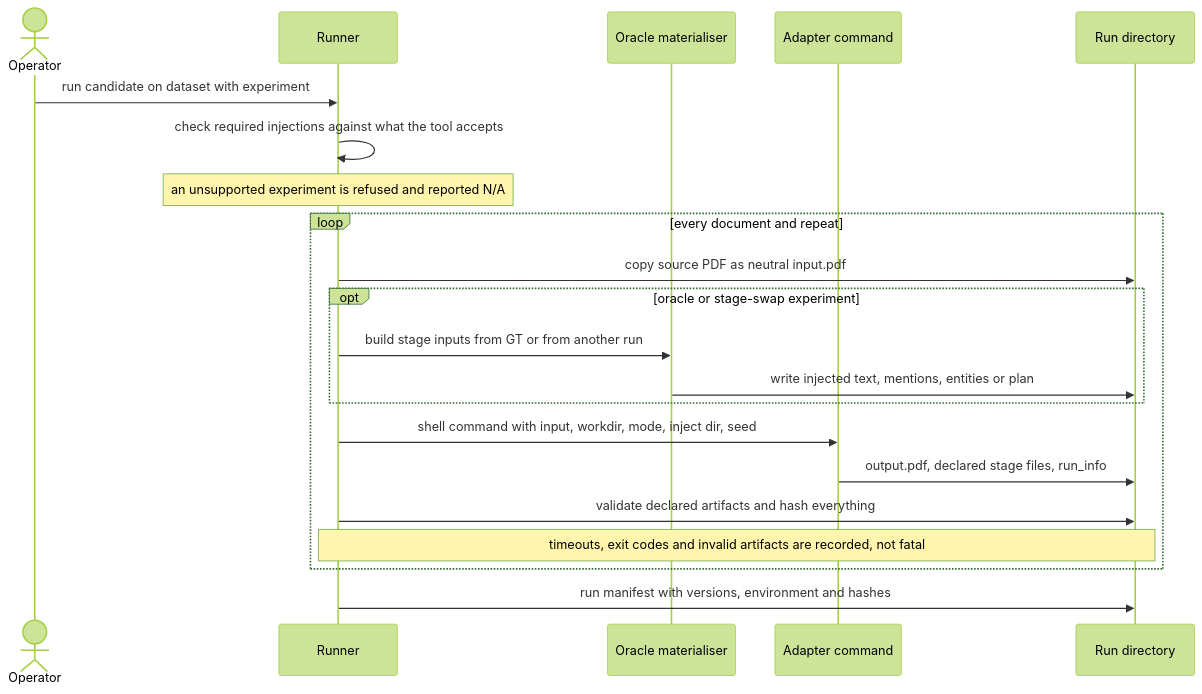
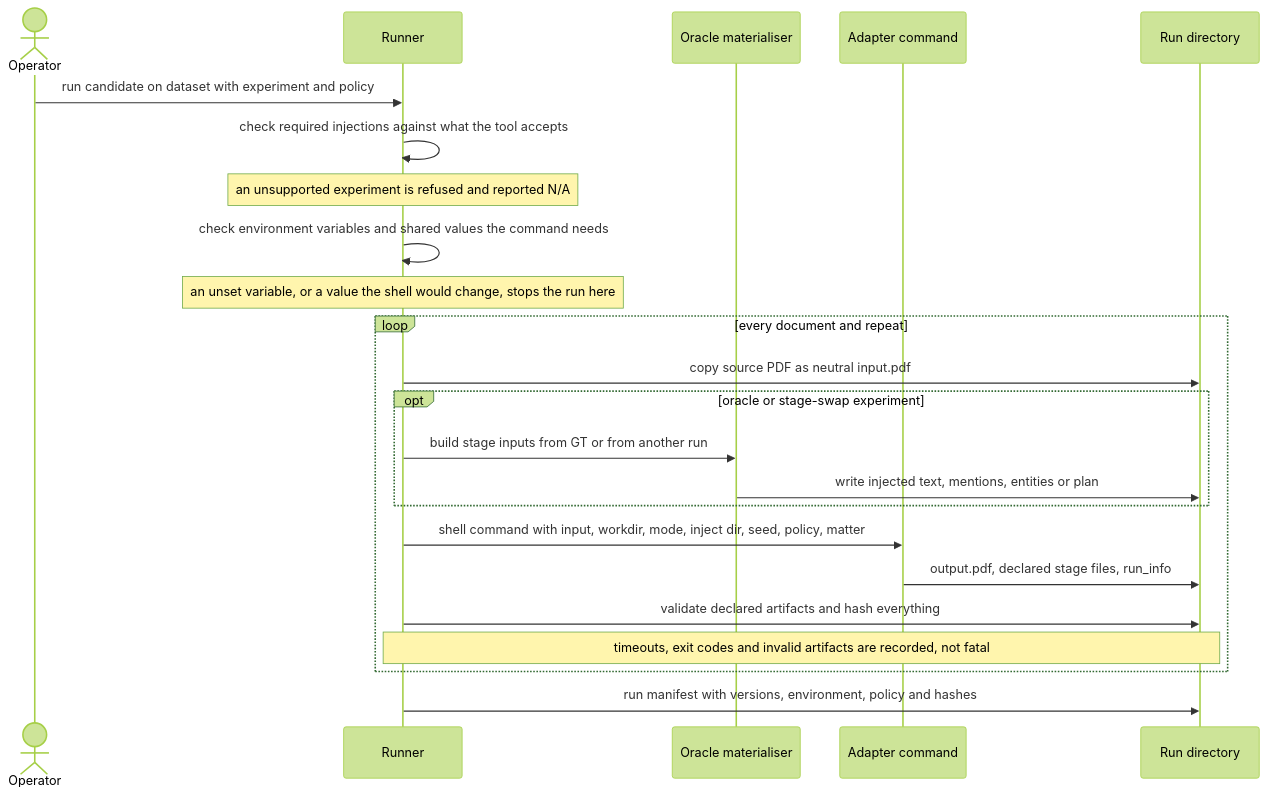
One commit to anshdeshwal31/redaction_benchmark changed the third of 11 diagrams in ARCHITECTURE.md. Above: the diagram before and after it, drawn with Mermaid (forest theme). The commit also changed other lines of this file and 4 other files, not shown here.

Commit message:
docs: cover policy 1.1.0, run policies and placeholders

````diff
--- a/ARCHITECTURE.md
+++ b/ARCHITECTURE.md
@@ -162,24 +179,26 @@
 ```mermaid
 sequenceDiagram
     actor Op as Operator
     participant Run as Runner
     participant Inj as Oracle materialiser
     participant Tool as Adapter command
     participant Dir as Run directory
 
-    Op->>Run: run candidate on dataset with experiment
+    Op->>Run: run candidate on dataset with experiment and policy
     Run->>Run: check required injections against what the tool accepts
     Note over Run: an unsupported experiment is refused and reported N/A
+    Run->>Run: check environment variables and shared values the command needs
+    Note over Run: an unset variable, or a value the shell would change, stops the run here
     loop every document and repeat
         Run->>Dir: copy source PDF as neutral input.pdf
         opt oracle or stage-swap experiment
             Run->>Inj: build stage inputs from GT or from another run
             Inj->>Dir: write injected text, mentions, entities or plan
         end
-        Run->>Tool: shell command with input, workdir, mode, inject dir, seed
+        Run->>Tool: shell command with input, workdir, mode, inject dir, seed, policy, matter
         Tool->>Dir: output.pdf, declared stage files, run_info
         Run->>Dir: validate declared artifacts and hash everything
         Note over Run,Dir: timeouts, exit codes and invalid artifacts are recorded, not fatal
     end
-    Run->>Dir: run manifest with versions, environment and hashes
+    Run->>Dir: run manifest with versions, environment, policy and hashes
 ```
````
